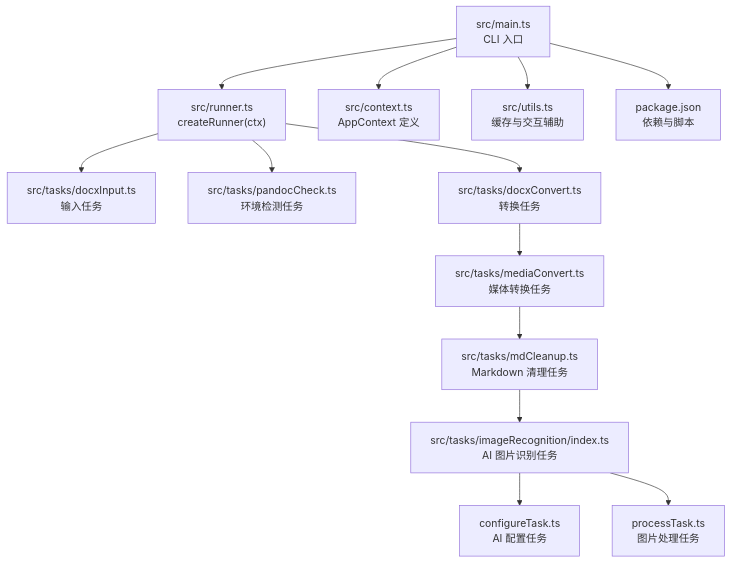
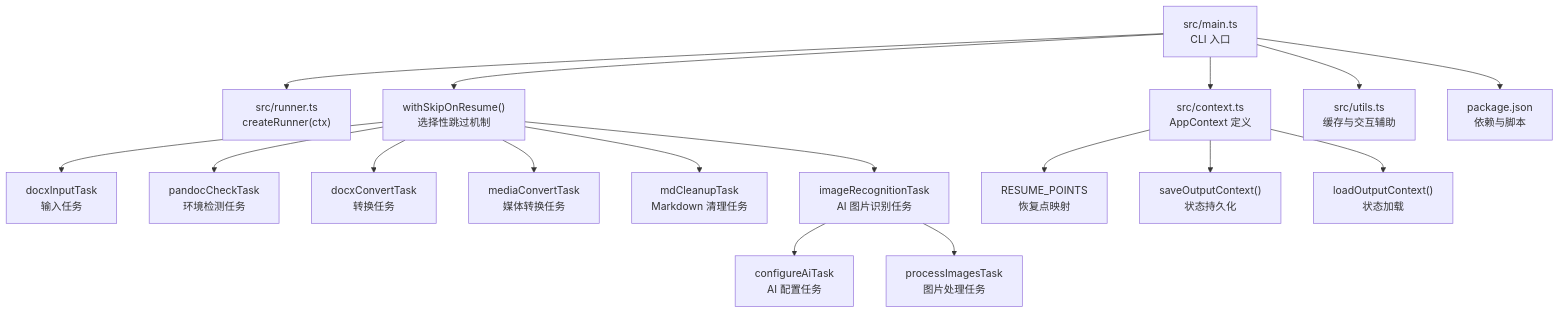
Before and after one commit to hllshiro/doc2md-cli: the first of 4 diagrams in .qoder/repowiki/zh/content/核心架构设计/任务系统架构.md, drawn with Mermaid. The commit also changed other lines of this file and 3 other files, not shown here.

````diff
--- a/.qoder/repowiki/zh/content/核心架构设计/任务系统架构.md
+++ b/.qoder/repowiki/zh/content/核心架构设计/任务系统架构.md
@@ -57,15 +58,19 @@
 ```mermaid
 graph TB
 A["src/main.ts<br/>CLI 入口"] --> B["src/runner.ts<br/>createRunner(ctx)"]
-B --> C["src/tasks/docxInput.ts<br/>输入任务"]
-B --> D["src/tasks/pandocCheck.ts<br/>环境检测任务"]
-B --> E["src/tasks/docxConvert.ts<br/>转换任务"]
-E --> F["src/tasks/mediaConvert.ts<br/>媒体转换任务"]
-F --> G["src/tasks/mdCleanup.ts<br/>Markdown 清理任务"]
-G --> H["src/tasks/imageRecognition/index.ts<br/>AI 图片识别任务"]
-H --> H1["configureTask.ts<br/>AI 配置任务"]
-H --> H2["processTask.ts<br/>图片处理任务"]
+A --> S["withSkipOnResume()<br/>选择性跳过机制"]
+S --> C["docxInputTask<br/>输入任务"]
+S --> D["pandocCheckTask<br/>环境检测任务"]
+S --> E["docxConvertTask<br/>转换任务"]
+S --> F["mediaConvertTask<br/>媒体转换任务"]
+S --> G["mdCleanupTask<br/>Markdown 清理任务"]
+S --> H["imageRecognitionTask<br/>AI 图片识别任务"]
+H --> H1["configureAiTask<br/>AI 配置任务"]
+H --> H2["processImagesTask<br/>图片处理任务"]
 A --> I["src/context.ts<br/>AppContext 定义"]
+I --> P["RESUME_POINTS<br/>恢复点映射"]
+I --> L["saveOutputContext()<br/>状态持久化"]
+I --> R["loadOutputContext()<br/>状态加载"]
 A --> J["src/utils.ts<br/>缓存与交互辅助"]
 A --> K["package.json<br/>依赖与脚本"]
 ```
````
